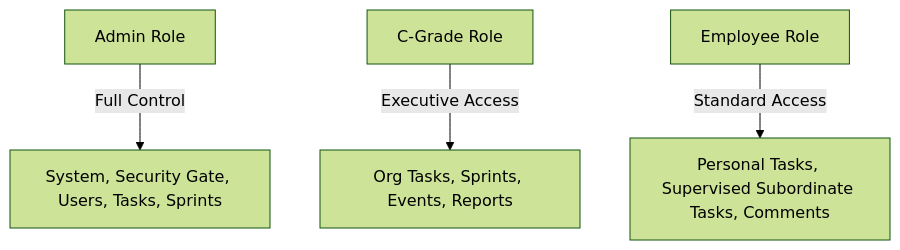
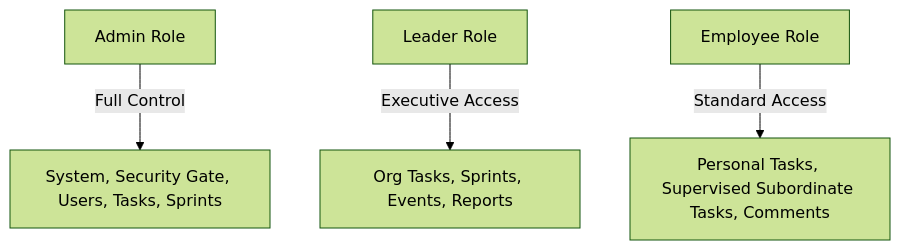
One commit to mayesha-3/KanbaKan changed the third of 3 diagrams in security_and_features_report.md. Above: the diagram before and after it, drawn with Mermaid (forest theme). The commit also changed other lines of this file and 20 other files, not shown here.

````diff
--- a/security_and_features_report.md
+++ b/security_and_features_report.md
@@ -146,6 +146,6 @@
 ```mermaid
 graph TD
     Admin[Admin Role] -->|Full Control| System[System, Security Gate, Users, Tasks, Sprints]
-    CGrade[C-Grade Role] -->|Executive Access| Exec[Org Tasks, Sprints, Events, Reports]
+    Leader[Leader Role] -->|Executive Access| Exec[Org Tasks, Sprints, Events, Reports]
     Employee[Employee Role] -->|Standard Access| Std[Personal Tasks, Supervised Subordinate Tasks, Comments]
 ```
````
